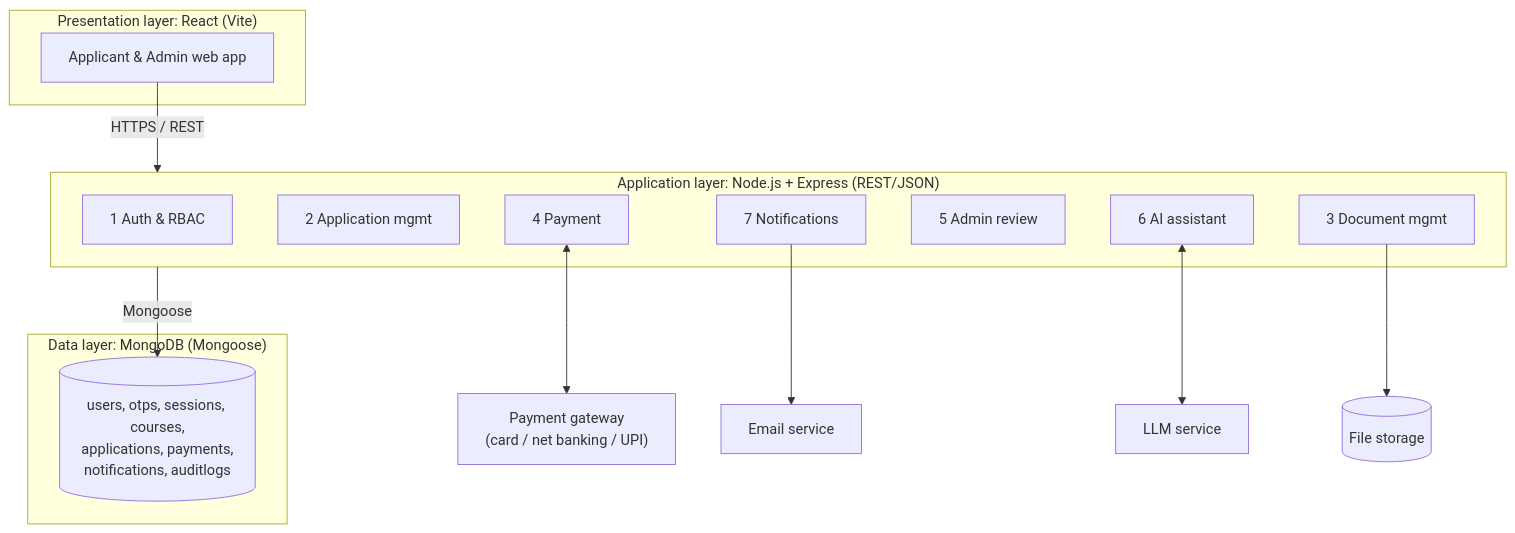
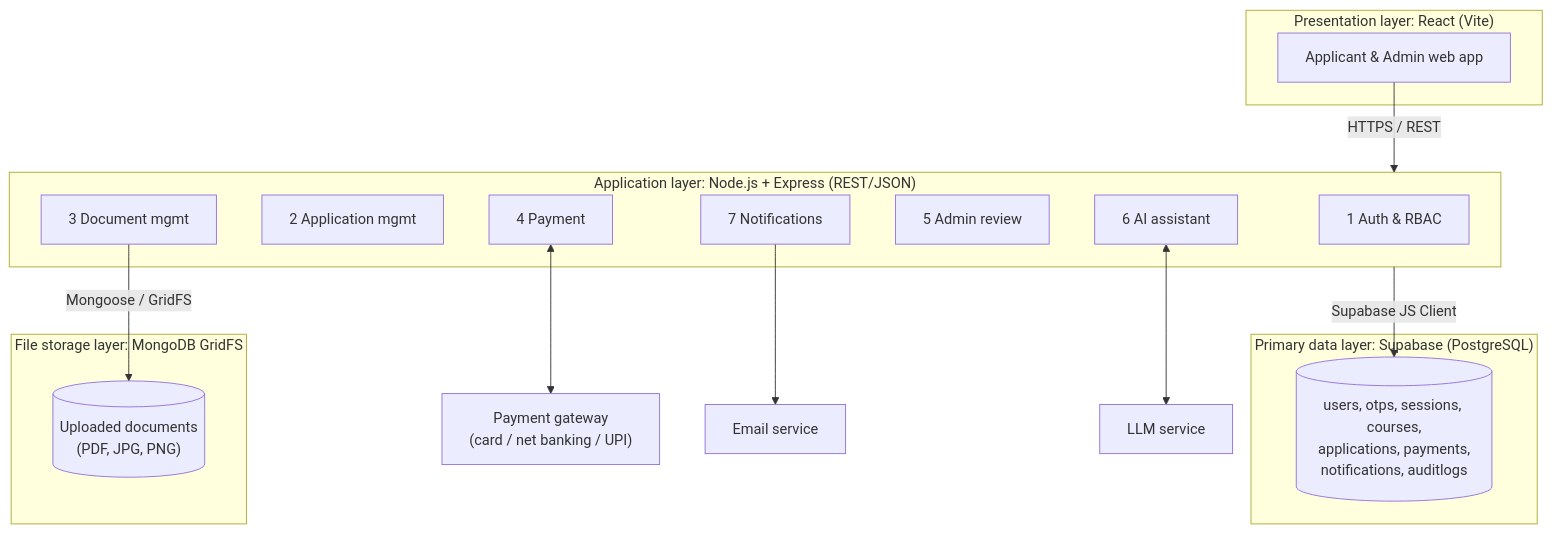
Before and after one commit to Code-0ne/IEM_Admission_System: the second of 3 diagrams in product.md, drawn with Mermaid. The commit also changed other lines of this file and 1 other file, not shown here.

First line of the commit message:
refactor: update DB architecture to Supabase + MongoDB GridFS, remove anti-ragging, add application number generation

````diff
--- a/product.md
+++ b/product.md
@@ -259,24 +255,27 @@
 ```mermaid
 flowchart TB
   subgraph Client["Presentation layer: React (Vite)"]
     UI["Applicant & Admin web app"]
   end
   subgraph API["Application layer: Node.js + Express (REST/JSON)"]
     AUTH["1 Auth & RBAC"]
     APP["2 Application mgmt"]
     DOC["3 Document mgmt"]
     PAY["4 Payment"]
     ADM["5 Admin review"]
     AI["6 AI assistant"]
     NOTI["7 Notifications"]
   end
-  subgraph Data["Data layer: MongoDB (Mongoose)"]
+  subgraph Data["Primary data layer: Supabase (PostgreSQL)"]
     DB[("users, otps, sessions, courses,\napplications, payments,\nnotifications, auditlogs")]
   end
+  subgraph FileStore["File storage layer: MongoDB GridFS"]
+    GFS[("Uploaded documents\n(PDF, JPG, PNG)")]
+  end
   UI -- "HTTPS / REST" --> API
-  API -- "Mongoose" --> DB
+  API -- "Supabase JS Client" --> DB
+  DOC -- "Mongoose / GridFS" --> GFS
   PAY <--> GW["Payment gateway\n(card / net banking / UPI)"]
   NOTI --> MAIL["Email service"]
   AI <--> LLM["LLM service"]
-  DOC --> FS[("File storage")]
 ```
````
